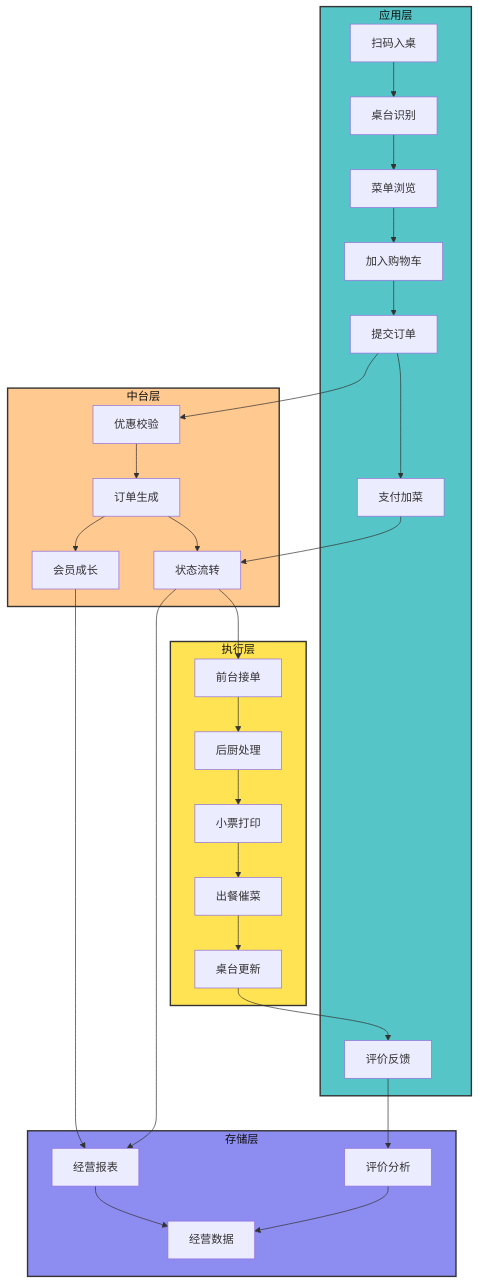
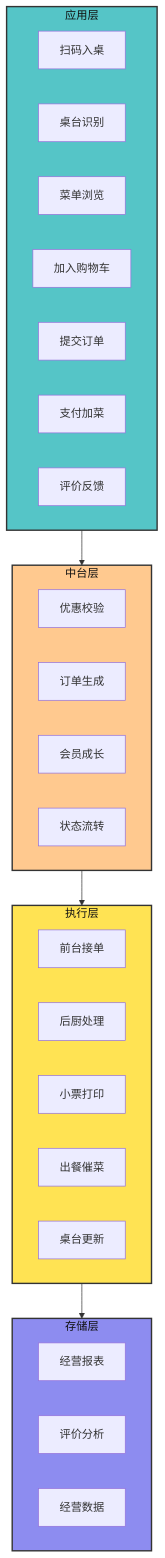
One commit to meisijiya/DIANCAN-SYSTEM changed the third of 3 diagrams in readme.md. Above: the diagram before and after it, drawn with Mermaid. The commit also changed other lines of this file, not shown here.

````diff
--- a/readme.md
+++ b/readme.md
@@ -380,51 +347,42 @@
 ```mermaid
 flowchart TB
     subgraph User[应用层]
         A[扫码入桌]
         B[桌台识别]
         C[菜单浏览]
         D[加入购物车]
         E[提交订单]
         F[支付加菜]
         G[评价反馈]
     end
 
     subgraph Core[中台层]
         RULE[优惠校验]
         ORDER[订单生成]
         MEMBER[会员成长]
         STATE[状态流转]
     end
 
     subgraph Store[执行层]
         ACCEPT[前台接单]
         KITCHEN[后厨处理]
         PRINT[小票打印]
         SERVE[出餐催菜]
         TABLE[桌台更新]
     end
 
     subgraph Result[存储层]
         REPORT[经营报表]
         REVIEW[评价分析]
         DATA[经营数据]
     end
 
-    A --> B --> C --> D --> E --> F
-    E --> RULE --> ORDER --> STATE
-    ORDER --> MEMBER
-    STATE --> ACCEPT --> KITCHEN
-    KITCHEN --> PRINT --> SERVE --> TABLE
-    F --> STATE
-    TABLE --> G
-    G --> REVIEW
-    MEMBER --> REPORT
-    STATE --> REPORT
-    REPORT --> DATA
-    REVIEW --> DATA
+    User --> Core
+    Core --> Store
+    Store --> Result
 
     style User fill:#55c5c7,stroke:#333,stroke-width:2px,color:#111
     style Core fill:#ffc98f,stroke:#333,stroke-width:2px,color:#111
     style Store fill:#ffe353,stroke:#333,stroke-width:2px,color:#111
     style Result fill:#8d8cf0,stroke:#333,stroke-width:2px,color:#111
 ```
````
